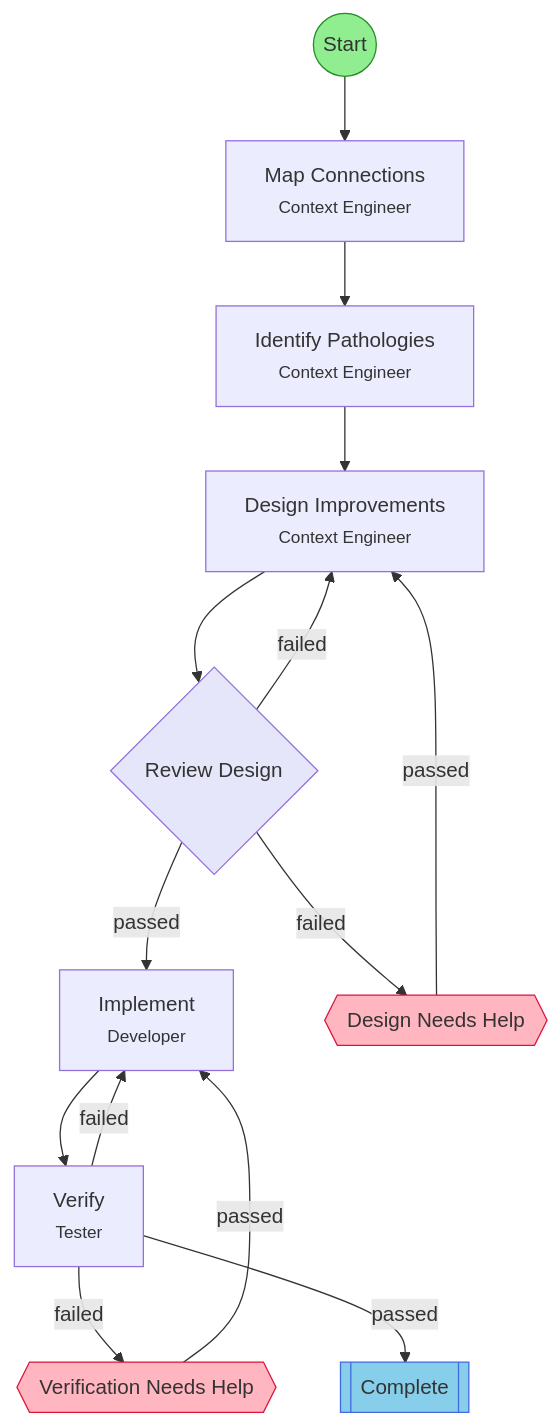
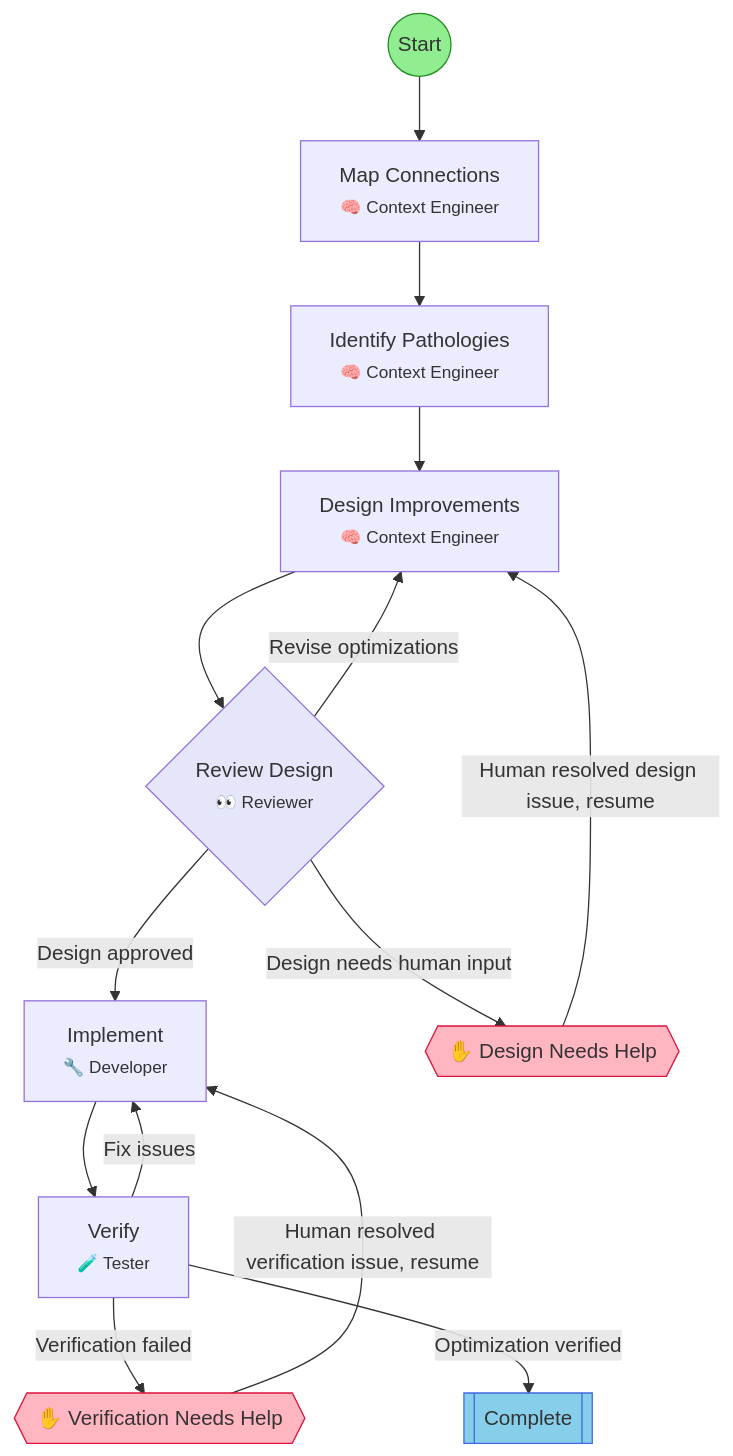
One commit to leclabs/agent-toolkit changed the diagram in .flow/diagrams/context-optimization.md. Above: the diagram before and after it, drawn with Mermaid. The commit also changed other lines of this file and 34 other files, not shown here.

First line of the commit message:
feat: add emoji field to workflow schema and render in diagrams

````diff
--- a/.flow/diagrams/context-optimization.md
+++ b/.flow/diagrams/context-optimization.md
@@ -7,38 +7,38 @@
 ```mermaid
 flowchart TD
     start(("Start"))
-    map_connections["Map Connections<br/><small>Context Engineer</small>"]
-    identify_pathologies["Identify Pathologies<br/><small>Context Engineer</small>"]
-    design_improvements["Design Improvements<br/><small>Context Engineer</small>"]
-    review_design{"Review Design"}
-    implement["Implement<br/><small>Developer</small>"]
-    verify["Verify<br/><small>Tester</small>"]
+    map_connections["Map Connections<br/><small>🧠 Context Engineer</small>"]
+    identify_pathologies["Identify Pathologies<br/><small>🧠 Context Engineer</small>"]
+    design_improvements["Design Improvements<br/><small>🧠 Context Engineer</small>"]
+    review_design{"Review Design<br/><small>👀 Reviewer</small>"}
+    implement["Implement<br/><small>🔧 Developer</small>"]
+    verify["Verify<br/><small>🧪 Tester</small>"]
     end_success[["Complete"]]
-    hitl_design_failed{{"Design Needs Help"}}
-    hitl_verify_failed{{"Verification Needs Help"}}
+    hitl_design_failed{{"✋ Design Needs Help"}}
+    hitl_verify_failed{{"✋ Verification Needs Help"}}
 
     start --> map_connections
     map_connections --> identify_pathologies
     identify_pathologies --> design_improvements
     design_improvements --> review_design
-    review_design -->|failed| design_improvements
-    review_design -->|failed| hitl_design_failed
-    review_design -->|passed| implement
+    review_design -->|Revise optimizations| design_improvements
+    review_design -->|Design needs human input| hitl_design_failed
+    review_design -->|Design approved| implement
     implement --> verify
-    verify -->|failed| implement
-    verify -->|failed| hitl_verify_failed
-    verify -->|passed| end_success
-    hitl_design_failed -->|passed| design_improvements
-    hitl_verify_failed -->|passed| implement
+    verify -->|Fix issues| implement
+    verify -->|Verification failed| hitl_verify_failed
+    verify -->|Optimization verified| end_success
+    hitl_design_failed -->|Human resolved design issue, resume| design_improvements
+    hitl_verify_failed -->|Human resolved verification issue, resume| implement
 
     classDef startStep fill:#90EE90,stroke:#228B22
     classDef successStep fill:#87CEEB,stroke:#4169E1
     classDef hitlStep fill:#FFB6C1,stroke:#DC143C
     classDef gateStep fill:#E6E6FA,stroke:#9370DB
     classDef forkJoinStep fill:#FFEAA7,stroke:#FDCB6E
     classDef currentStep fill:#FFD700,stroke:#FF8C00,stroke-width:3px
     class start startStep
     class end_success successStep
     class hitl_design_failed,hitl_verify_failed hitlStep
     class review_design gateStep
 ```
````
